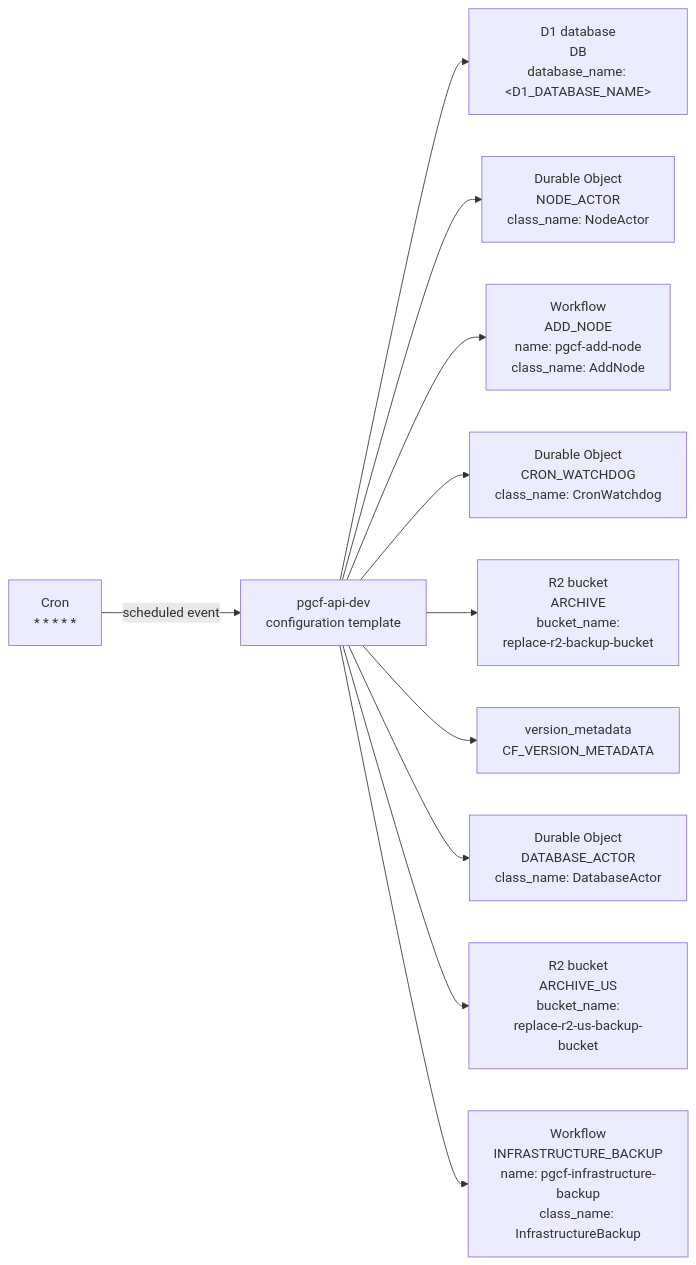
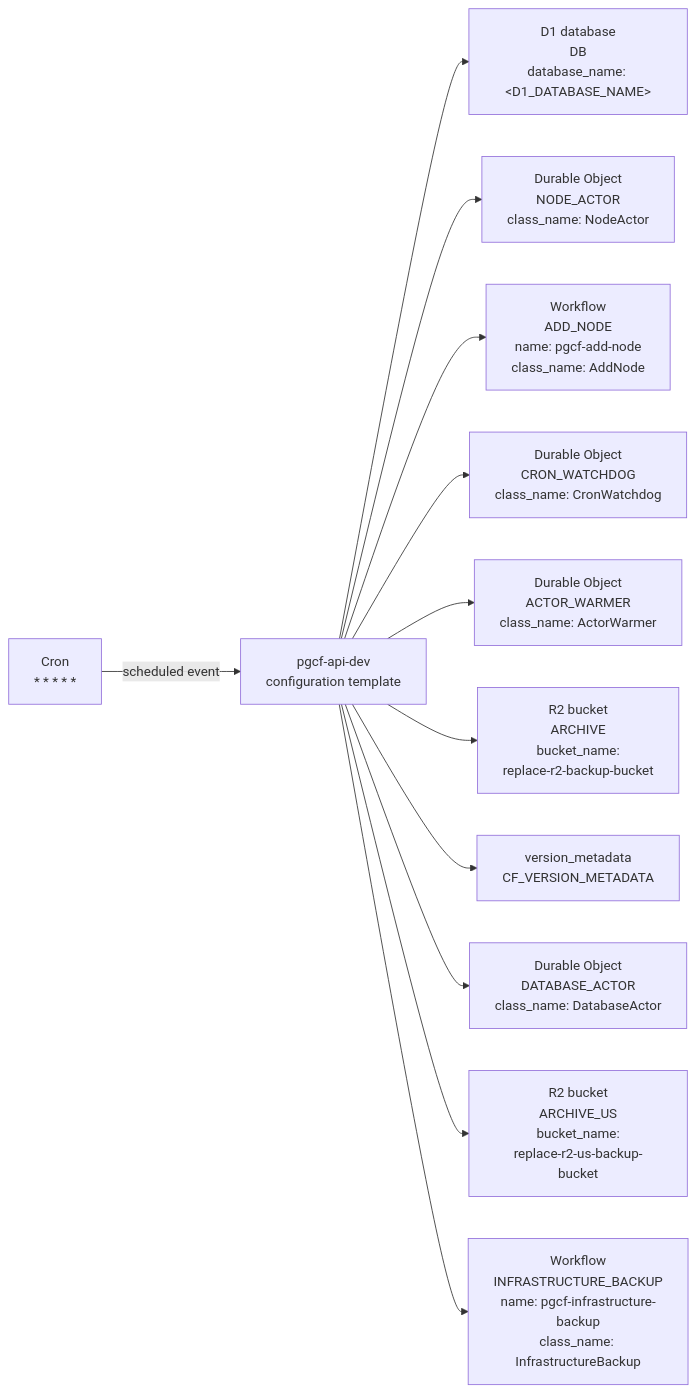
Before and after one commit to amerged-org/cloudflare-postgres: the diagram in docs/architecture/mermaider/api-resources.md, drawn with Mermaid. The commit also changed other lines of this file and 19 other files, not shown here.

````diff
--- a/docs/architecture/mermaider/api-resources.md
+++ b/docs/architecture/mermaider/api-resources.md
@@ -9,24 +9,26 @@
 ```mermaid
 flowchart LR
+    n_1d7911e4e1b9["Durable Object<br/>ACTOR_WARMER<br/>class_name: ActorWarmer"]
     n_839713e89618["Cron<br/>* * * * *"]
     n_f305dbc12c79["D1 database<br/>DB<br/>database_name: #60;D1_DATABASE_NAME#62;"]
     n_049ba2d64372["Workflow<br/>ADD_NODE<br/>name: pgcf-add-node<br/>class_name: AddNode"]
     n_36ffcdc5f79f["Workflow<br/>INFRASTRUCTURE_BACKUP<br/>name: pgcf-infrastructure-backup<br/>class_name: InfrastructureBackup"]
     n_85c654928d8c["version_metadata<br/>CF_VERSION_METADATA"]
     n_71083a5197e9["R2 bucket<br/>ARCHIVE<br/>bucket_name:<br/>replace-r2-backup-bucket"]
     n_12eaf448c6b2["R2 bucket<br/>ARCHIVE_US<br/>bucket_name:<br/>replace-r2-us-backup-bucket"]
     n_056b63fe76be["Durable Object<br/>DATABASE_ACTOR<br/>class_name: DatabaseActor"]
     n_d0efe52f1f47["Durable Object<br/>CRON_WATCHDOG<br/>class_name: CronWatchdog"]
     n_7a30182df25a["pgcf-api-dev<br/>configuration template"]
     n_260ca5b8b289["Durable Object<br/>NODE_ACTOR<br/>class_name: NodeActor"]
     n_7a30182df25a --> n_f305dbc12c79
     n_7a30182df25a --> n_260ca5b8b289
     n_839713e89618 -->|"scheduled event"| n_7a30182df25a
     n_7a30182df25a --> n_049ba2d64372
     n_7a30182df25a --> n_d0efe52f1f47
+    n_7a30182df25a --> n_1d7911e4e1b9
     n_7a30182df25a --> n_71083a5197e9
     n_7a30182df25a --> n_85c654928d8c
     n_7a30182df25a --> n_056b63fe76be
     n_7a30182df25a --> n_12eaf448c6b2
     n_7a30182df25a --> n_36ffcdc5f79f
 ```
````
